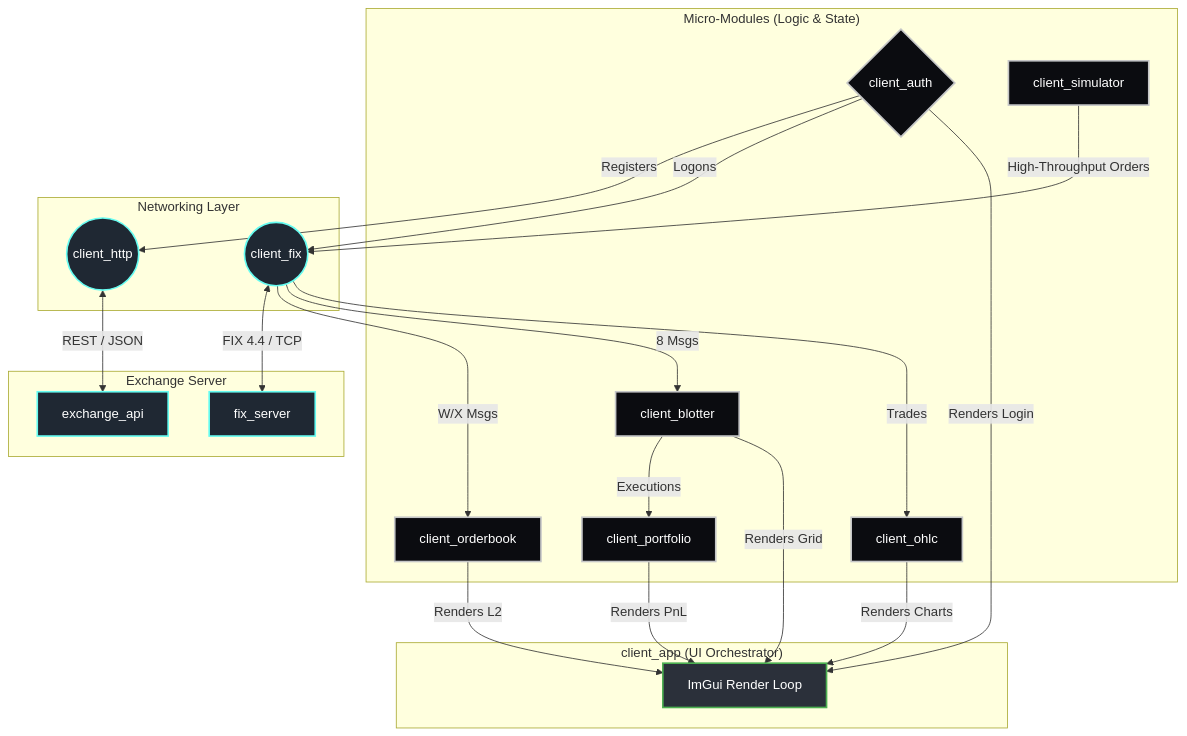
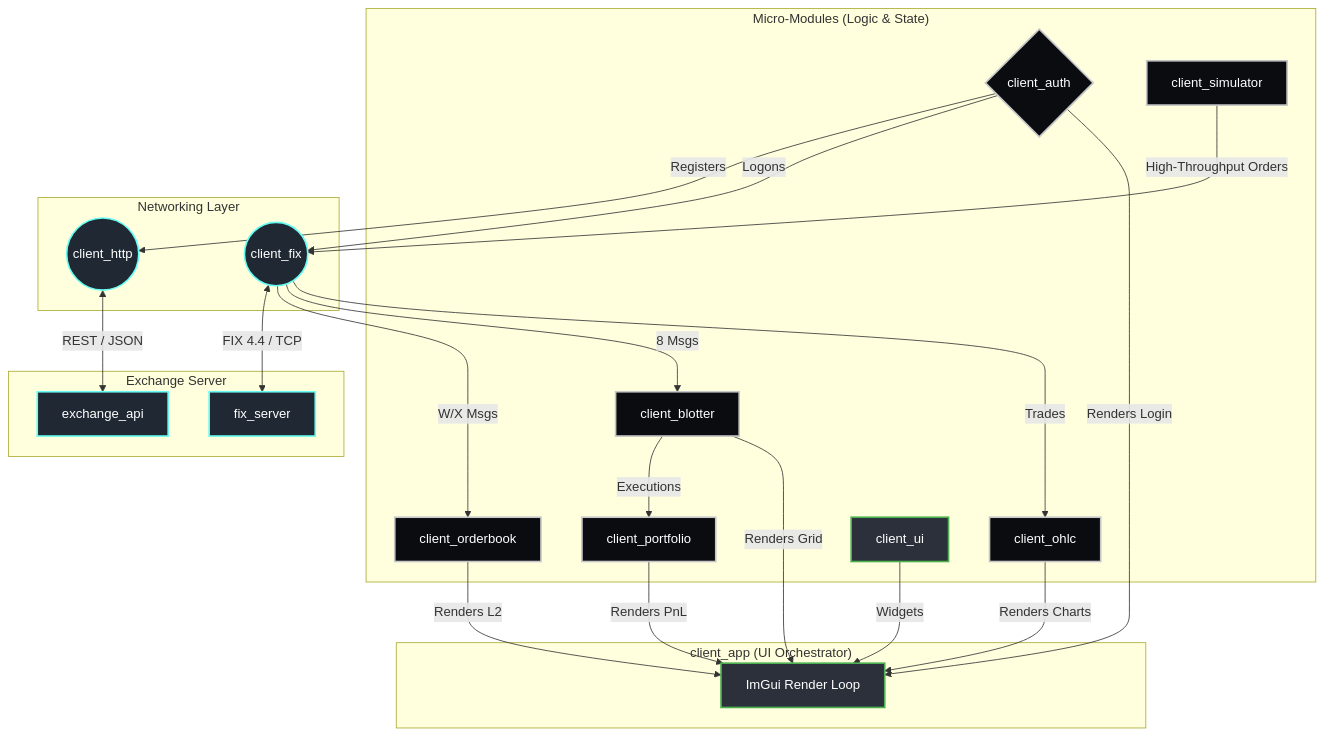
The diagram in client/README.md (SujalChoudhari/BetaTrader), drawn with Mermaid before and after one commit. The commit also changed other lines of this file and 9 other files, not shown here.

````diff
--- a/client/README.md
+++ b/client/README.md
@@ -9,53 +9,55 @@
 ```mermaid
 graph TD
     classDef ui fill:#2b303a,stroke:#4caf50,stroke-width:2px,color:white;
     classDef net fill:#1f2833,stroke:#66fcf1,stroke-width:2px,color:white;
     classDef logic fill:#0b0c10,stroke:#c5c6c7,stroke-width:2px,color:white;
 
     subgraph "client_app (UI Orchestrator)"
         APP[ImGui Render Loop]:::ui
     end
 
     subgraph "Micro-Modules (Logic & State)"
         AUTH{client_auth}:::logic
         OB[client_orderbook]:::logic
         BLOT[client_blotter]:::logic
         PORT[client_portfolio]:::logic
         OHLC[client_ohlc]:::logic
         SIM[client_simulator]:::logic
+        UI_L[client_ui]:::ui
     end
 
     subgraph "Networking Layer"
         HTTP((client_http)):::net
         FIX((client_fix)):::net
     end
 
     subgraph "Exchange Server"
         EX_HTTP[exchange_api]:::net
         EX_FIX[fix_server]:::net
     end
 
     %% Networking Links
     HTTP <-->|REST / JSON| EX_HTTP
     FIX <-->|FIX 4.4 / TCP| EX_FIX
 
     %% Module Interconnectivity
     AUTH -->|Registers| HTTP
     AUTH -->|Logons| FIX
 
     FIX -->|W/X Msgs| OB
     FIX -->|8 Msgs| BLOT
     
     BLOT -->|Executions| PORT
     FIX -->|Trades| OHLC
 
     %% User Interface Mounting
     OB -->|Renders L2| APP
     BLOT -->|Renders Grid| APP
     PORT -->|Renders PnL| APP
     AUTH -->|Renders Login| APP
     OHLC -->|Renders Charts| APP
+    UI_L -->|Widgets| APP
 
     %% Simulator bypassing UI
     SIM -->|High-Throughput Orders| FIX
 ```
````
